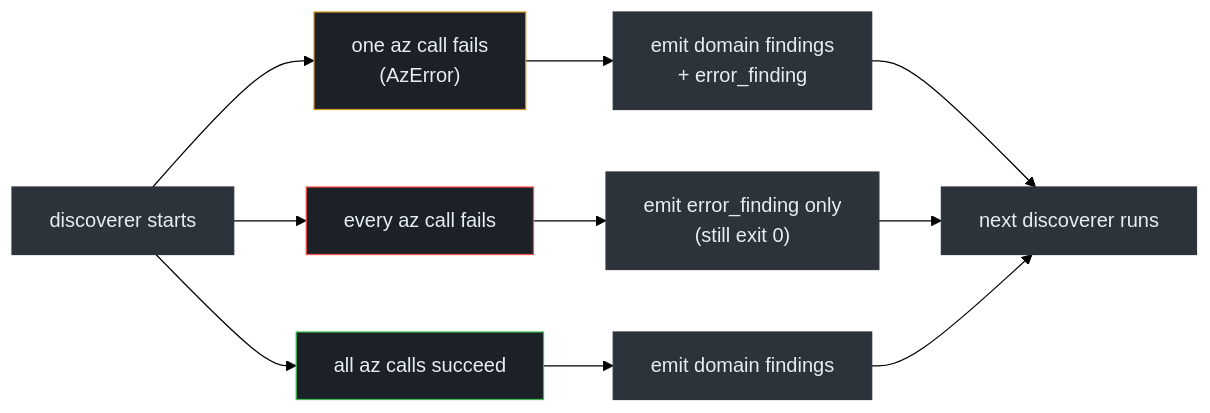
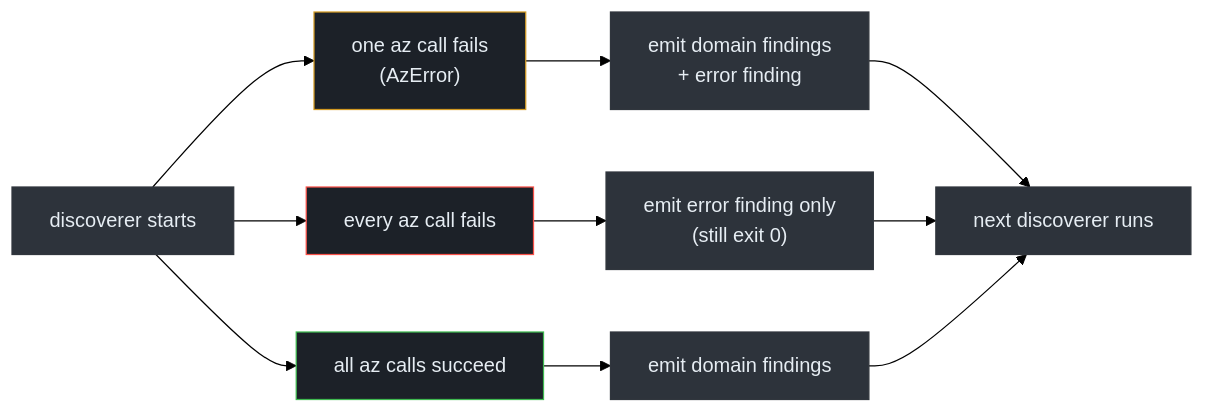
Before and after one commit to msucharda/slz-readiness: the fourth of 4 diagrams in wiki/docs/deep-dive/discover/cli-and-scope.md, drawn with Mermaid (forest theme). The commit also changed other lines of this file and 39 other files, not shown here.

````diff
--- a/wiki/docs/deep-dive/discover/cli-and-scope.md
+++ b/wiki/docs/deep-dive/discover/cli-and-scope.md
@@ -153,24 +153,24 @@
 ```mermaid
 flowchart LR
     Start["discoverer starts"]:::t
     Ok["all az calls succeed"]:::ok
     One["one az call fails<br>(AzError)"]:::warn
     All["every az call fails"]:::bad
 
     Start --> Ok
     Start --> One
     Start --> All
 
     Ok --> Emit["emit domain findings"]:::t
-    One --> EmitBoth["emit domain findings<br>+ error_finding"]:::t
-    All --> EmitErr["emit error_finding only<br>(still exit 0)"]:::t
+    One --> EmitBoth["emit domain findings<br>+ error finding"]:::t
+    All --> EmitErr["emit error finding only<br>(still exit 0)"]:::t
 
     EmitBoth --> Next["next discoverer runs"]:::t
     EmitErr --> Next
     Emit --> Next
 
     classDef t fill:#2d333b,stroke:#30363d,color:#e6edf3;
     classDef ok fill:#1c2128,stroke:#3fb950,color:#e6edf3;
     classDef warn fill:#1c2128,stroke:#d29922,color:#e6edf3;
     classDef bad fill:#1c2128,stroke:#f85149,color:#e6edf3;
 ```
````
